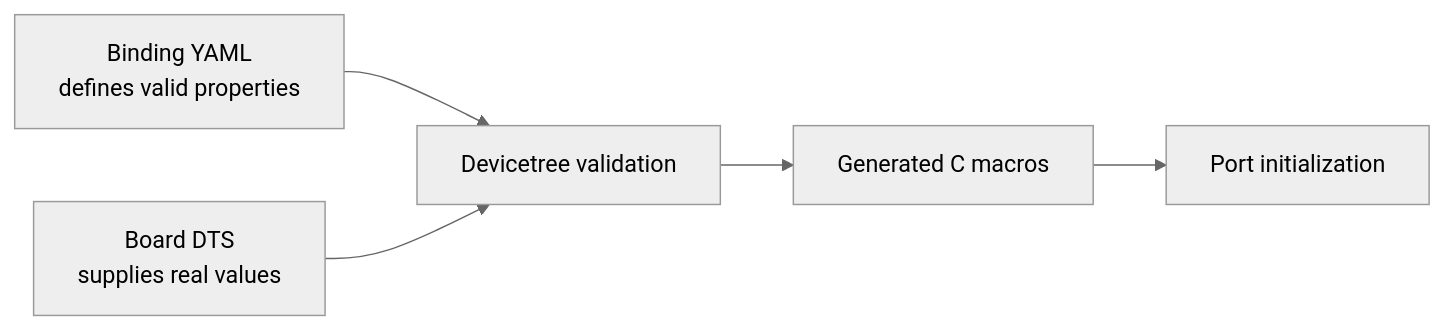
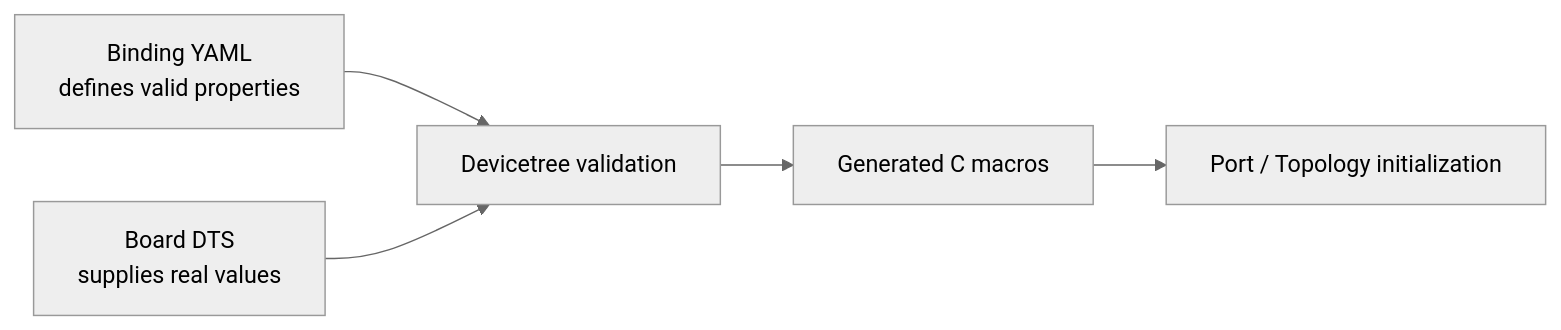
Before and after one commit to andreapiccini/SpaghettiLAB: the diagram in Firmware/core/dts/bindings/spaghetti/README.md, drawn with Mermaid (neutral theme). The commit also changed other lines of this file and 23 other files, not shown here.

Commit message:
describe Flow and Function Bay topology from Devicetree and mark TASK-297-01 done

````diff
--- a/Firmware/core/dts/bindings/spaghetti/README.md
+++ b/Firmware/core/dts/bindings/spaghetti/README.md
@@ -41,11 +49,11 @@
 ```mermaid
 flowchart LR
     YAML["Binding YAML <br/> defines valid properties"]
     DTS["Board DTS <br/> supplies real values"]
     VALIDATE["Devicetree validation"]
     MACROS["Generated C macros"]
-    PORT["Port initialization"]
+    RUNTIME["Port / Topology initialization"]
     YAML --> VALIDATE
     DTS --> VALIDATE
-    VALIDATE --> MACROS --> PORT
+    VALIDATE --> MACROS --> RUNTIME
 ```
````
